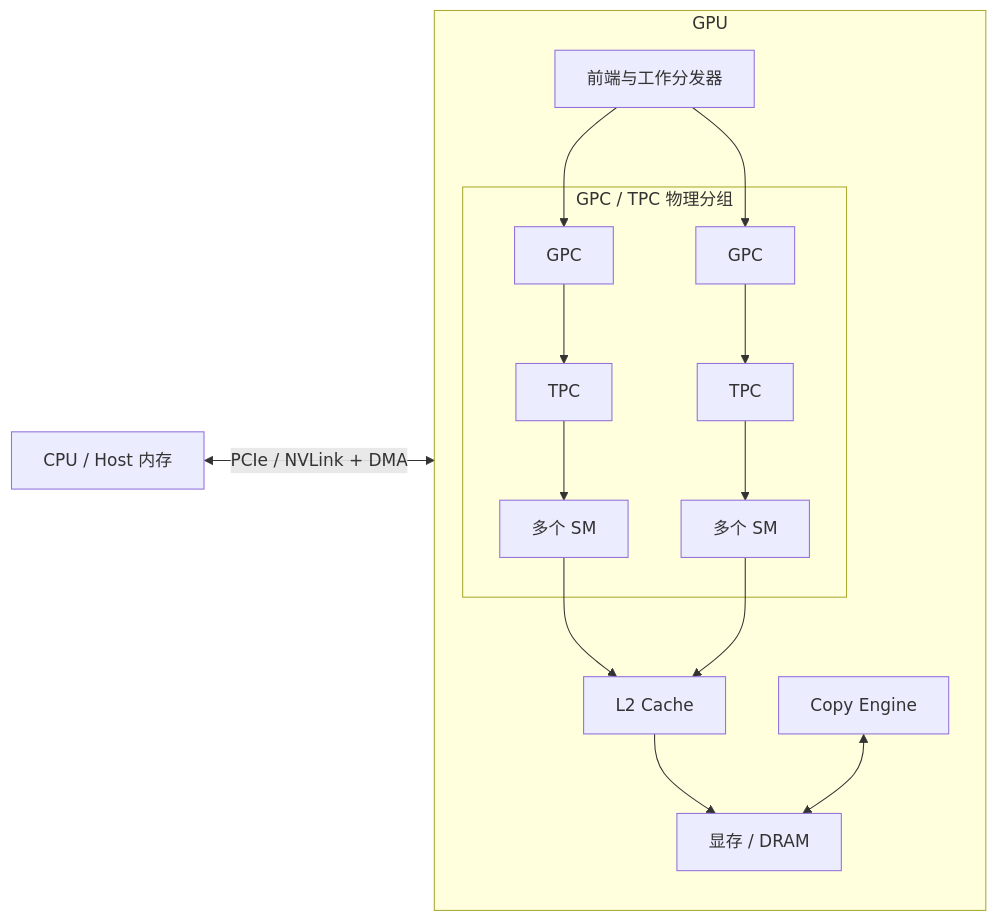
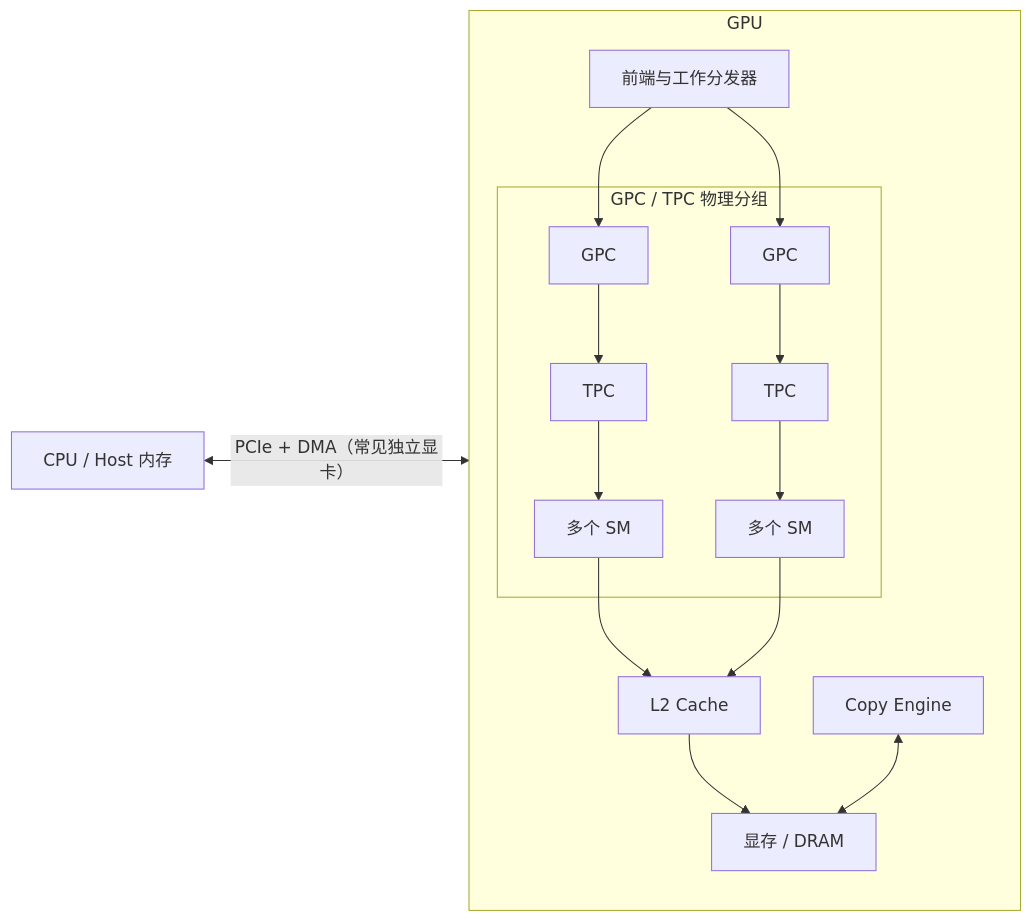
The first of 3 diagrams in README.md (shaun-sheep111/cuda-learning-roadmap), drawn with Mermaid before and after one commit. The commit also changed other lines of this file and 2 other files, not shown here.

Commit message:
feat: 添加 GPU 架构交互首页与主机通信可视化

````diff
--- a/README.md
+++ b/README.md
@@ -29,17 +39,17 @@
 ```mermaid
 flowchart LR
-    CPU[CPU / Host 内存] <-->|PCIe / NVLink + DMA| GPU[GPU Device]
+    CPU[CPU / Host 内存] <-->|PCIe + DMA（常见独立显卡）| GPU[GPU Device]
     subgraph GPU
         FRONT[前端与工作分发器]
         subgraph CLUSTERS[GPC / TPC 物理分组]
             GPC1[GPC] --> TPC1[TPC] --> SM1[多个 SM]
             GPC2[GPC] --> TPC2[TPC] --> SM2[多个 SM]
         end
         FRONT --> GPC1
         FRONT --> GPC2
         SM1 --> L2[L2 Cache]
         SM2 --> L2
         L2 --> DRAM[显存 / DRAM]
         COPY[Copy Engine] <--> DRAM
     end
 ```
````
